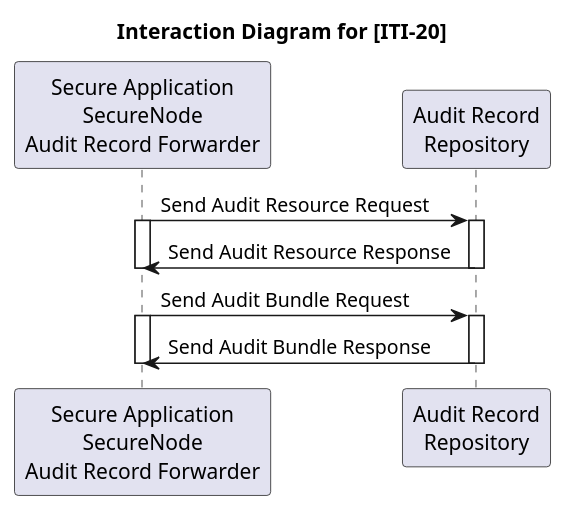
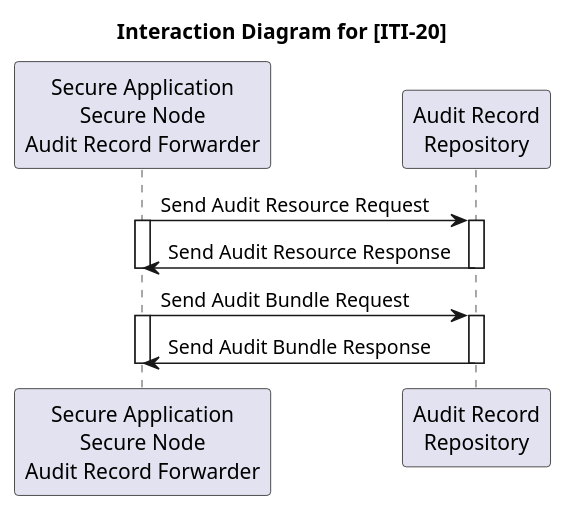
The diagram in input/images-source/RESTATNA_ActorDiagram_ITI-20.plantuml (ehealthsuisse/ch-epr-fhir), drawn with PlantUML before and after one commit. The commit also changed 7 other files, not shown here.

```diff
--- a/input/images-source/RESTATNA_ActorDiagram_ITI-20.plantuml
+++ b/input/images-source/RESTATNA_ActorDiagram_ITI-20.plantuml
@@ -1,24 +1,24 @@
 @startuml
 
 title Interaction Diagram for [ITI-20]
 
-participant consumer as "Secure Application\nSecureNode\nAudit Record Forwarder"
+participant consumer as "Secure Application\nSecure Node\nAudit Record Forwarder"
 participant responder as "Audit Record\nRepository"
 
 consumer -> responder: Send Audit Resource Request
 activate consumer
 activate responder
 
 responder -> consumer: Send Audit Resource Response
 deactivate responder
 deactivate consumer
 
 consumer -> responder: Send Audit Bundle Request
 activate consumer
 activate responder
 
 responder -> consumer: Send Audit Bundle Response
 deactivate responder
 deactivate consumer
 
 @enduml 
```
